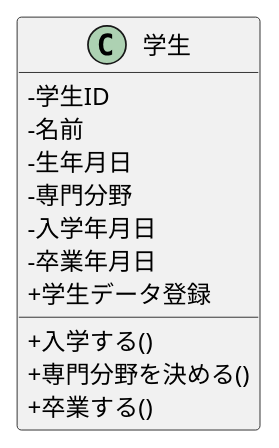
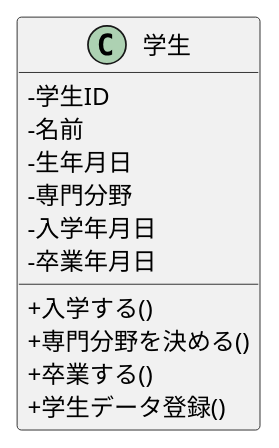
The diagram in 05_web_ronbun/class.pu (2459384Hayashi/ohara_uml), drawn with PlantUML before and after one commit.

```diff
--- a/05_web_ronbun/class.pu
+++ b/05_web_ronbun/class.pu
@@ -1,16 +1,16 @@
 @startuml
 skinparam classAttributeIconSize 0
 class 学生 {
  - 学生ID
  - 名前
  - 生年月日
  - 専門分野
  - 入学年月日
  - 卒業年月日
  + 入学する()
  + 専門分野を決める()
  + 卒業する()
  'シーケンス図をもとに追加
- + 学生データ登録
+ + 学生データ登録()
 }
 @enduml
```
